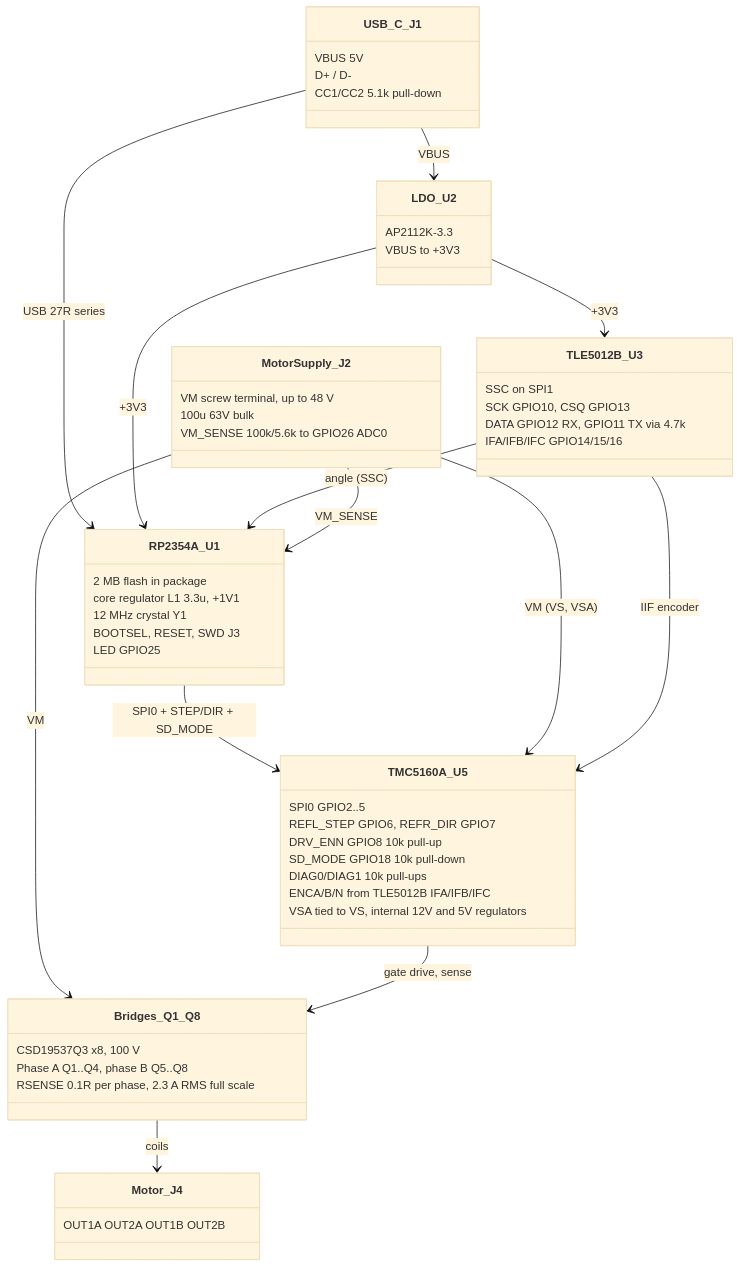
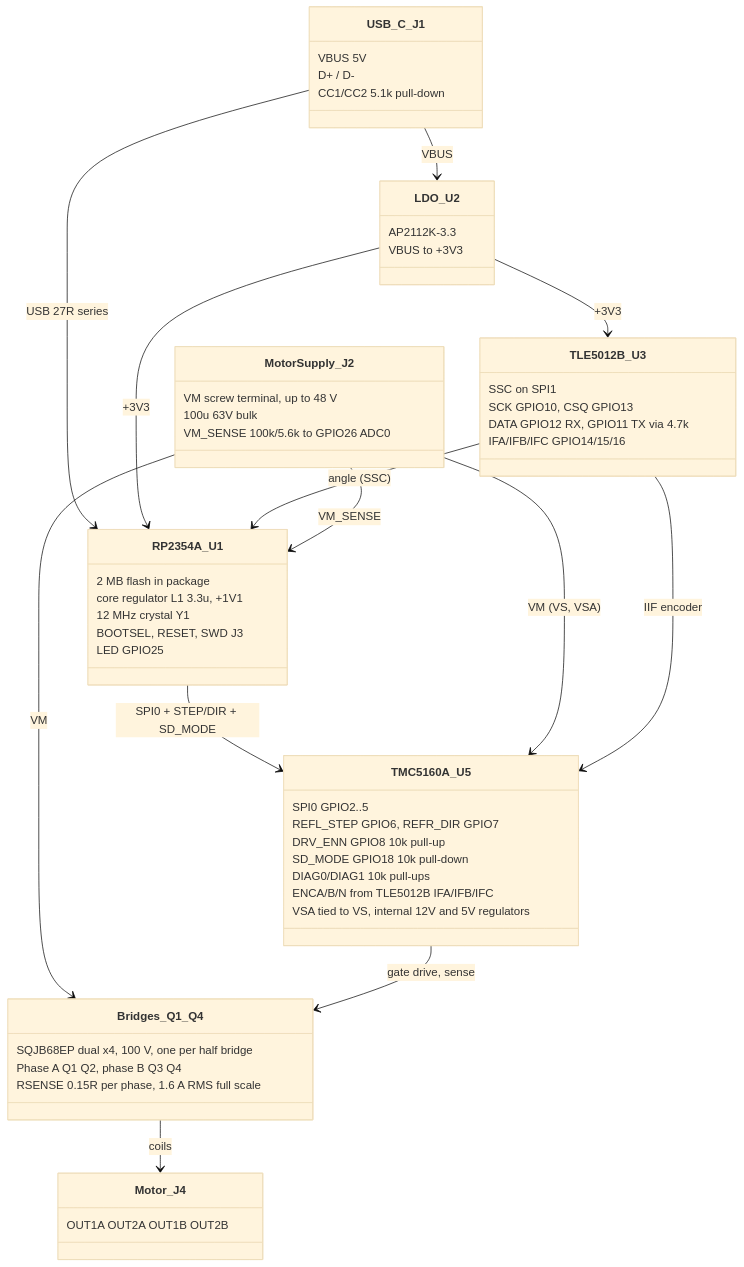
One commit to tmpk13/pico-step changed the diagram in ARCHITECTURE.md. Above: the diagram before and after it, drawn with Mermaid (base theme). The commit also changed 13 other files, not shown here.

First line of the commit message:
Swap bridge FETs to 4x SQJB68EP duals, RSENSE 0.15

````diff
--- a/ARCHITECTURE.md
+++ b/ARCHITECTURE.md
@@ -3,59 +3,59 @@
 ```mermaid
 classDiagram
     class USB_C_J1 {
         VBUS 5V
         D+ / D-
         CC1/CC2 5.1k pull-down
     }
     class LDO_U2 {
         AP2112K-3.3
         VBUS to +3V3
     }
     class RP2354A_U1 {
         2 MB flash in package
         core regulator L1 3.3u, +1V1
         12 MHz crystal Y1
         BOOTSEL, RESET, SWD J3
         LED GPIO25
     }
     class TMC5160A_U5 {
         SPI0 GPIO2..5
         REFL_STEP GPIO6, REFR_DIR GPIO7
         DRV_ENN GPIO8 10k pull-up
         SD_MODE GPIO18 10k pull-down
         DIAG0/DIAG1 10k pull-ups
         ENCA/B/N from TLE5012B IFA/IFB/IFC
         VSA tied to VS, internal 12V and 5V regulators
     }
-    class Bridges_Q1_Q8 {
-        CSD19537Q3 x8, 100 V
-        Phase A Q1..Q4, phase B Q5..Q8
-        RSENSE 0.1R per phase, 2.3 A RMS full scale
+    class Bridges_Q1_Q4 {
+        SQJB68EP dual x4, 100 V, one per half bridge
+        Phase A Q1 Q2, phase B Q3 Q4
+        RSENSE 0.15R per phase, 1.6 A RMS full scale
     }
     class Motor_J4 {
         OUT1A OUT2A OUT1B OUT2B
     }
     class TLE5012B_U3 {
         SSC on SPI1
         SCK GPIO10, CSQ GPIO13
         DATA GPIO12 RX, GPIO11 TX via 4.7k
         IFA/IFB/IFC GPIO14/15/16
     }
     class MotorSupply_J2 {
         VM screw terminal, up to 48 V
         100u 63V bulk
         VM_SENSE 100k/5.6k to GPIO26 ADC0
     }
     USB_C_J1 --> LDO_U2 : VBUS
     USB_C_J1 --> RP2354A_U1 : USB 27R series
     LDO_U2 --> RP2354A_U1 : +3V3
     LDO_U2 --> TLE5012B_U3 : +3V3
     RP2354A_U1 --> TMC5160A_U5 : SPI0 + STEP/DIR + SD_MODE
     TLE5012B_U3 --> RP2354A_U1 : angle (SSC)
     MotorSupply_J2 --> TMC5160A_U5 : VM (VS, VSA)
-    MotorSupply_J2 --> Bridges_Q1_Q8 : VM
+    MotorSupply_J2 --> Bridges_Q1_Q4 : VM
     TLE5012B_U3 --> TMC5160A_U5 : IIF encoder
-    TMC5160A_U5 --> Bridges_Q1_Q8 : gate drive, sense
-    Bridges_Q1_Q8 --> Motor_J4 : coils
+    TMC5160A_U5 --> Bridges_Q1_Q4 : gate drive, sense
+    Bridges_Q1_Q4 --> Motor_J4 : coils
     MotorSupply_J2 --> RP2354A_U1 : VM_SENSE
 ```
````
